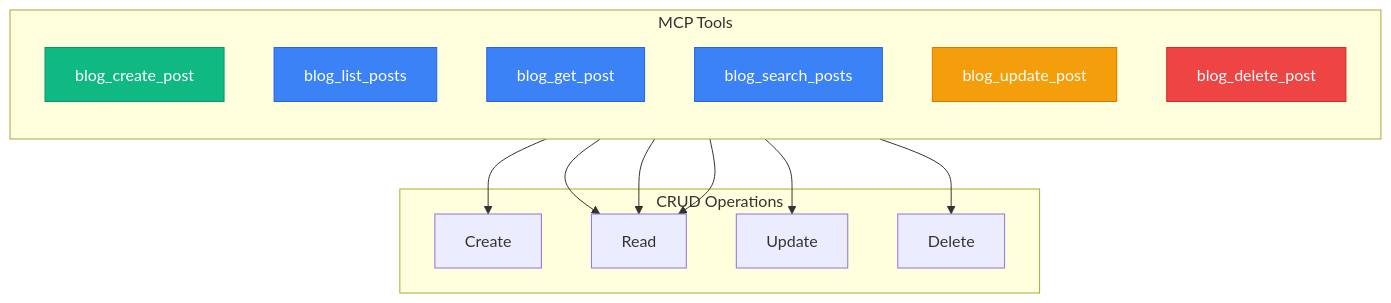
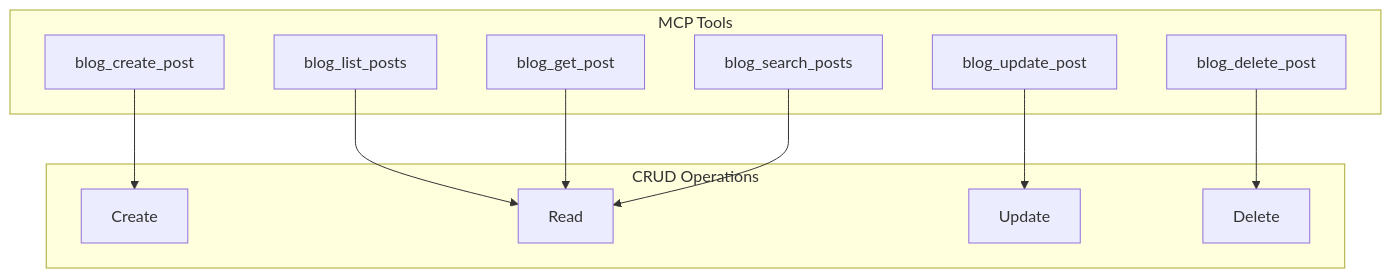
One commit to yarang/blogs changed the second of 4 diagrams in content/en/post/2026-02-21-004-mcp-blog-automation.md. Above: the diagram before and after it, drawn with Mermaid. The commit also changed other lines of this file and 3 other files, not shown here.

First line of the commit message:
Simplify Mermaid diagrams for web compatibility

````diff
--- a/content/en/post/2026-02-21-004-mcp-blog-automation.md
+++ b/content/en/post/2026-02-21-004-mcp-blog-automation.md
@@ -73,31 +69,25 @@
 ```mermaid
 flowchart TB
-    classDef create fill:#10B981,stroke:#059669,color:#fff
-    classDef read fill:#3B82F6,stroke:#2563EB,color:#fff
-    classDef update fill:#F59E0B,stroke:#D97706,color:#fff
-    classDef delete fill:#EF4444,stroke:#DC2626,color:#fff
-
-    subgraph Tools["MCP Tools"]
-        direction TB
-        C1["blog_create_post"]:::create
-        R1["blog_list_posts"]:::read
-        R2["blog_get_post"]:::read
-        R3["blog_search_posts"]:::read
-        U1["blog_update_post"]:::update
-        D1["blog_delete_post"]:::delete
+    subgraph Tools[MCP Tools]
+        C1[blog_create_post]
+        R1[blog_list_posts]
+        R2[blog_get_post]
+        R3[blog_search_posts]
+        U1[blog_update_post]
+        D1[blog_delete_post]
     end
 
-    subgraph CRUD["CRUD Operations"]
-        Create["Create"]
-        Read["Read"]
-        Update["Update"]
-        Delete["Delete"]
+    subgraph CRUD[CRUD Operations]
+        Create[Create]
+        Read[Read]
+        Update[Update]
+        Delete[Delete]
     end
 
     C1 --> Create
     R1 --> Read
     R2 --> Read
     R3 --> Read
     U1 --> Update
     D1 --> Delete
 ```
````
